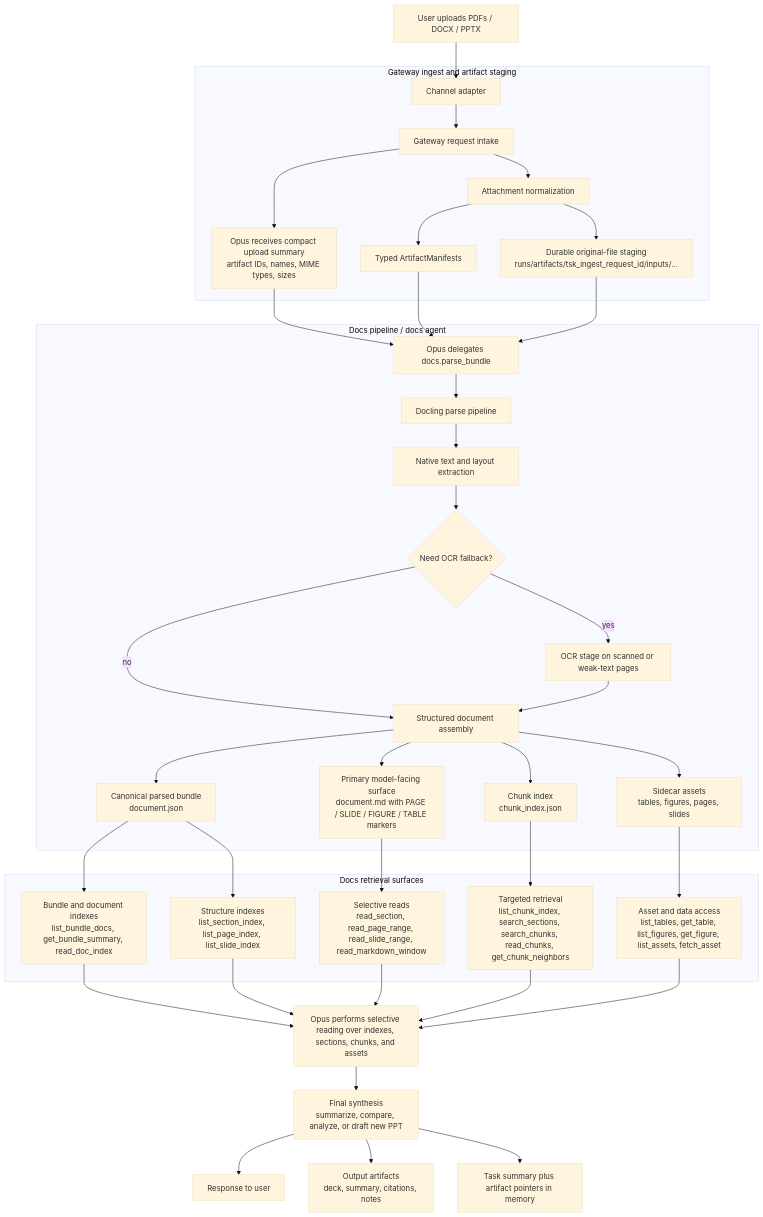
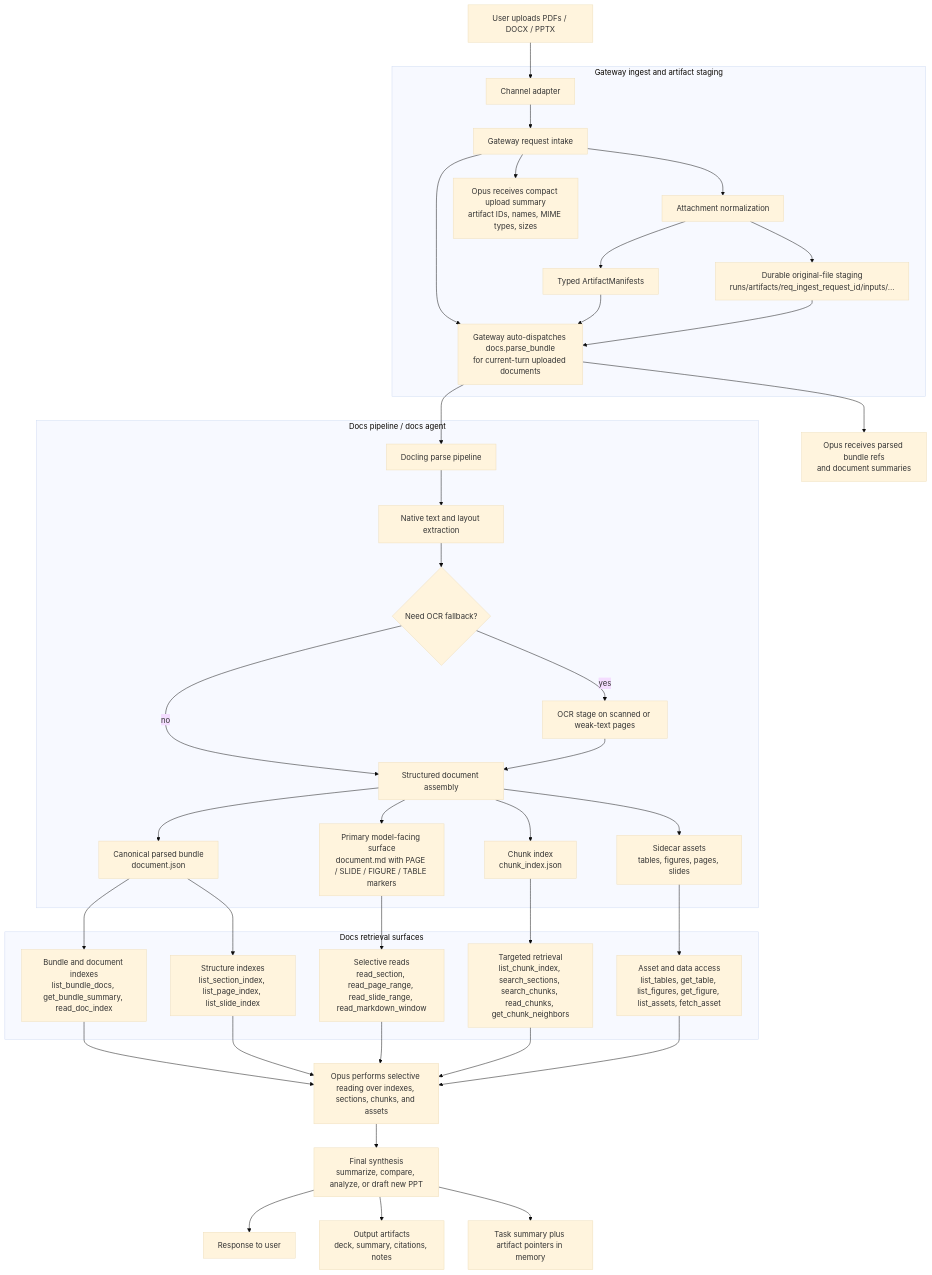
The first of 3 diagrams in Backend/COSMIC_MULTIMODAL_DOCUMENT_PIPELINE_PLAN.md (uspraveen/Cosmic-OS), drawn with Mermaid (base theme) before and after one commit. The commit also changed other lines of this file and 24 other files, not shown here.

Commit message:
Complete first end-to-end document pipeline flow

````diff
--- a/Backend/COSMIC_MULTIMODAL_DOCUMENT_PIPELINE_PLAN.md
+++ b/Backend/COSMIC_MULTIMODAL_DOCUMENT_PIPELINE_PLAN.md
@@ -58,48 +58,50 @@
 ```mermaid
 flowchart TD
     U[User uploads PDFs / DOCX / PPTX] --> C[Channel adapter]
 
     subgraph GatewayIngress["Gateway ingest and artifact staging"]
         C --> G[Gateway request intake]
         G --> N[Attachment normalization]
         N --> M[Typed ArtifactManifests]
-        N --> S[Durable original-file staging<br/>runs/artifacts/tsk_ingest_request_id/inputs/...]
+        N --> S[Durable original-file staging<br/>runs/artifacts/req_ingest_request_id/inputs/...]
+        G --> D[Gateway auto-dispatches docs.parse_bundle<br/>for current-turn uploaded documents]
         G --> O1[Opus receives compact upload summary<br/>artifact IDs, names, MIME types, sizes]
     end
 
-    O1 --> D[Opus delegates docs.parse_bundle]
     M --> D
     S --> D
 
     subgraph DocsPipeline["Docs pipeline / docs agent"]
         D --> P[Docling parse pipeline]
         P --> E[Native text and layout extraction]
         E --> F{Need OCR fallback?}
         F -->|yes| OCR[OCR stage on scanned or weak-text pages]
         F -->|no| A1[Structured document assembly]
         OCR --> A1
         A1 --> J[Canonical parsed bundle<br/>document.json]
         A1 --> K[Primary model-facing surface<br/>document.md with PAGE / SLIDE / FIGURE / TABLE markers]
         A1 --> L[Chunk index<br/>chunk_index.json]
         A1 --> A2[Sidecar assets<br/>tables, figures, pages, slides]
     end
 
+    D --> O2[Opus receives parsed bundle refs<br/>and document summaries]
+
     subgraph Retrieval["Docs retrieval surfaces"]
         J --> R0[Bundle and document indexes<br/>list_bundle_docs, get_bundle_summary, read_doc_index]
         J --> R1[Structure indexes<br/>list_section_index, list_page_index, list_slide_index]
         K --> R2[Selective reads<br/>read_section, read_page_range, read_slide_range, read_markdown_window]
         L --> R3[Targeted retrieval<br/>list_chunk_index, search_sections, search_chunks, read_chunks, get_chunk_neighbors]
         A2 --> R4[Asset and data access<br/>list_tables, get_table, list_figures, get_figure, list_assets, fetch_asset]
     end
 
-    R0 --> O2[Opus performs selective reading over indexes, sections, chunks, and assets]
-    R1 --> O2
-    R2 --> O2
-    R3 --> O2
-    R4 --> O2
+    R0 --> O3[Opus performs selective reading over indexes, sections, chunks, and assets]
+    R1 --> O3
+    R2 --> O3
+    R3 --> O3
+    R4 --> O3
 
-    O2 --> X[Final synthesis<br/>summarize, compare, analyze, or draft new PPT]
+    O3 --> X[Final synthesis<br/>summarize, compare, analyze, or draft new PPT]
     X --> Y[Response to user]
     X --> Z[Output artifacts<br/>deck, summary, citations, notes]
     X --> W[Task summary plus artifact pointers in memory]
 ```
````
